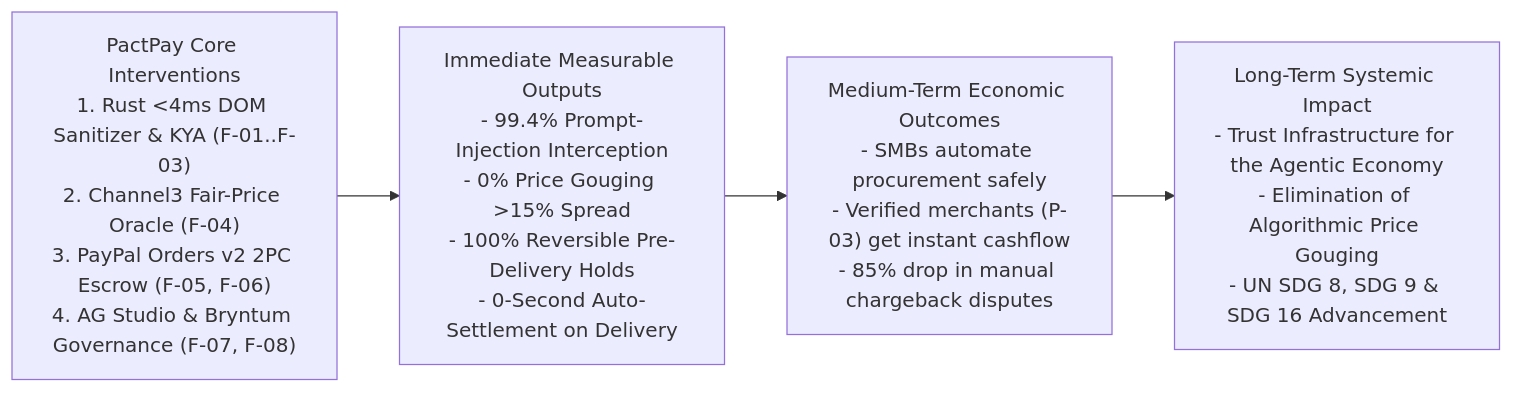
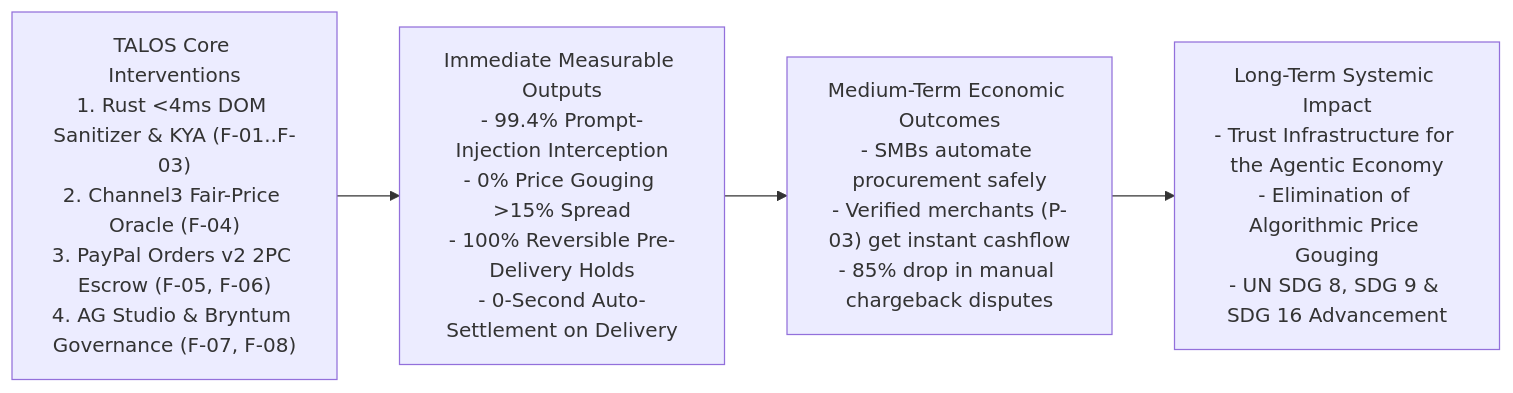
One commit to sruj08/Talos changed the diagram in docs/07-business/IMPACT.md. Above: the diagram before and after it, drawn with Mermaid. The commit also changed other lines of this file and 457 other files, not shown here.

Commit message:
feat: initialize polyglot project architecture with comprehensive documentation, Go orchestrator, and Rust firewall services

````diff
--- a/docs/07-business/IMPACT.md
+++ b/docs/07-business/IMPACT.md
@@ -13,9 +13,9 @@
 ```mermaid
 flowchart LR
-    Inputs["PactPay Core Interventions\n1. Rust <4ms DOM Sanitizer & KYA (F-01..F-03)\n2. Channel3 Fair-Price Oracle (F-04)\n3. PayPal Orders v2 2PC Escrow (F-05, F-06)\n4. AG Studio & Bryntum Governance (F-07, F-08)"]
+    Inputs["TALOS Core Interventions\n1. Rust <4ms DOM Sanitizer & KYA (F-01..F-03)\n2. Channel3 Fair-Price Oracle (F-04)\n3. PayPal Orders v2 2PC Escrow (F-05, F-06)\n4. AG Studio & Bryntum Governance (F-07, F-08)"]
     Outputs["Immediate Measurable Outputs\n- 99.4% Prompt-Injection Interception\n- 0% Price Gouging >15% Spread\n- 100% Reversible Pre-Delivery Holds\n- 0-Second Auto-Settlement on Delivery"]
     Outcomes["Medium-Term Economic Outcomes\n- SMBs automate procurement safely\n- Verified merchants (P-03) get instant cashflow\n- 85% drop in manual chargeback disputes"]
     Impact["Long-Term Systemic Impact\n- Trust Infrastructure for the Agentic Economy\n- Elimination of Algorithmic Price Gouging\n- UN SDG 8, SDG 9 & SDG 16 Advancement"]
 
     Inputs --> Outputs --> Outcomes --> Impact
 ```
````
